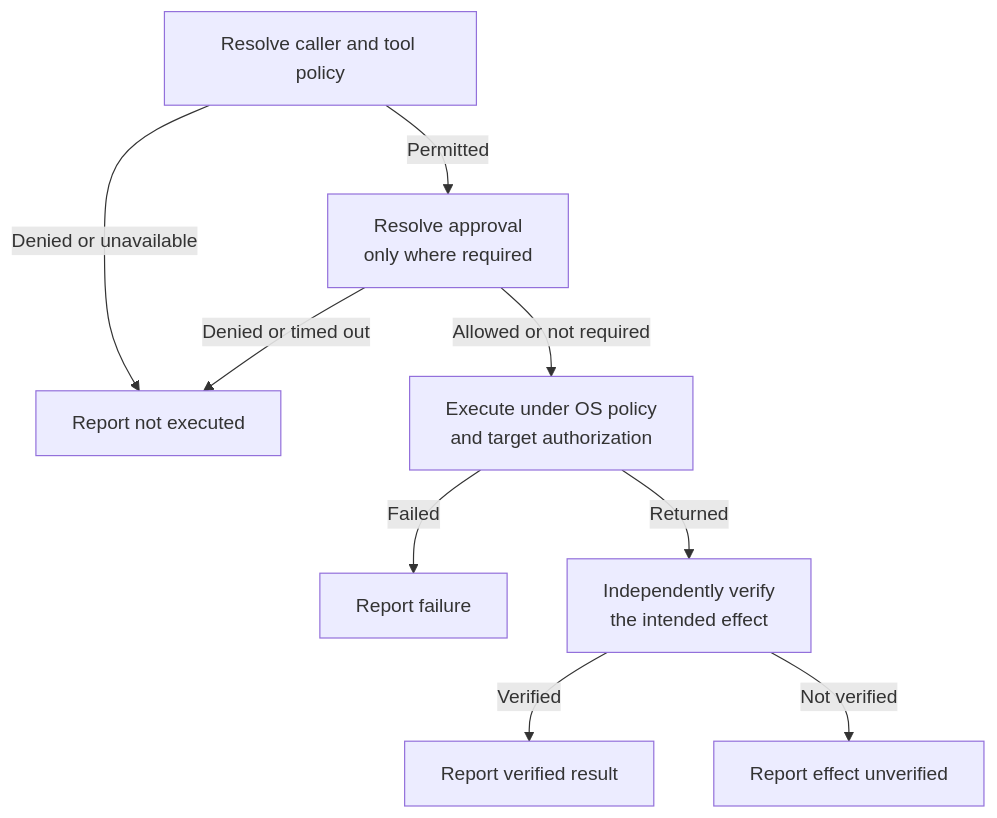
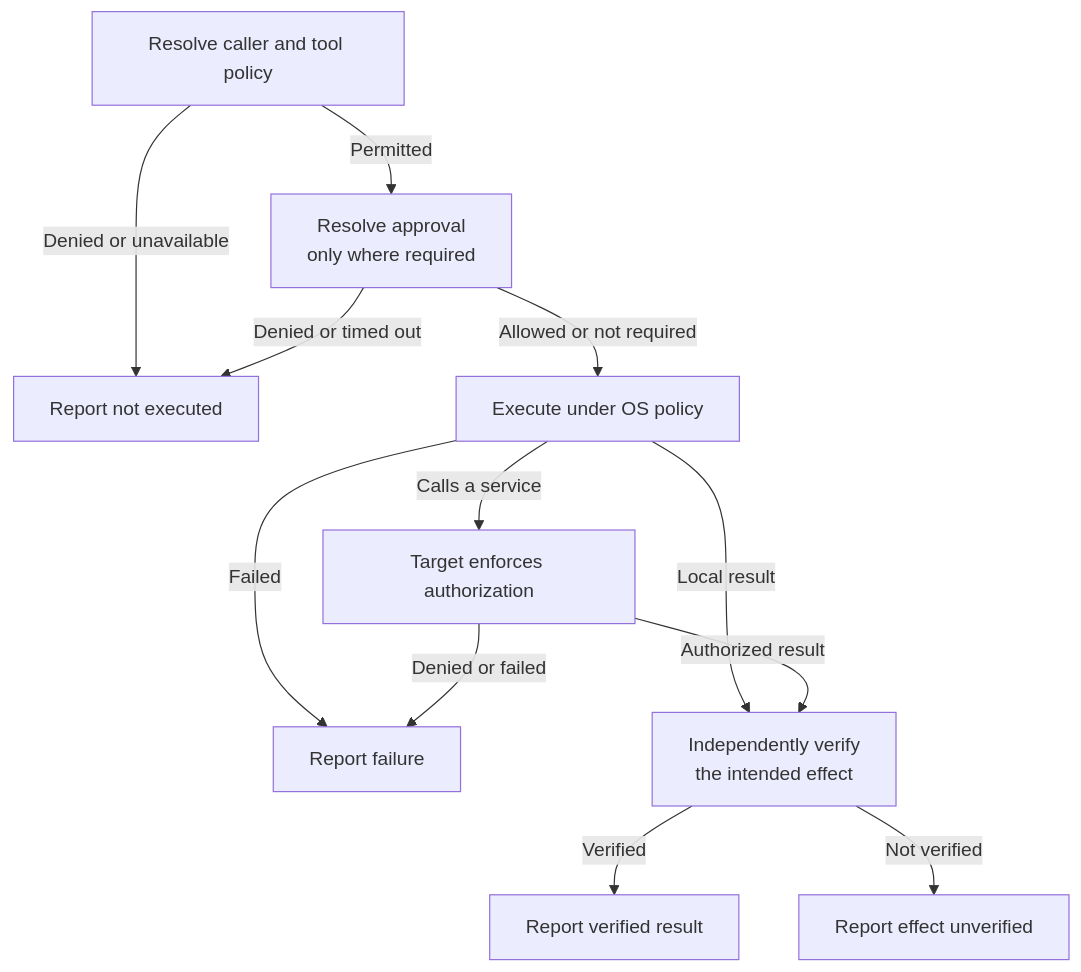
One commit to vingov/the-agent-stack-labs changed the second of 2 diagrams in series/hermes-agent/v0.21.0/labs/05-security-boundaries/article.md. Above: the diagram before and after it, drawn with Mermaid. The commit also changed other lines of this file and 7 other files, not shown here.

Commit message:
Apply Part 5 editorial review and clarify authority diagrams

````diff
--- a/series/hermes-agent/v0.21.0/labs/05-security-boundaries/article.md
+++ b/series/hermes-agent/v0.21.0/labs/05-security-boundaries/article.md
@@ -115,11 +117,14 @@
 ```mermaid
 flowchart TB
   P["Resolve caller and tool policy"] -->|Permitted| A["Resolve approval<br/>only where required"]
   P -->|Denied or unavailable| N["Report not executed"]
   A -->|Denied or timed out| N
-  A -->|Allowed or not required| E["Execute under OS policy<br/>and target authorization"]
+  A -->|Allowed or not required| E["Execute under OS policy"]
   E -->|Failed| F["Report failure"]
-  E -->|Returned| V["Independently verify<br/>the intended effect"]
+  E -->|Local result| V["Independently verify<br/>the intended effect"]
+  E -->|Calls a service| T["Target enforces authorization"]
+  T -->|Denied or failed| F
+  T -->|Authorized result| V
   V -->|Verified| S["Report verified result"]
   V -->|Not verified| U["Report effect unverified"]
 ```
````
